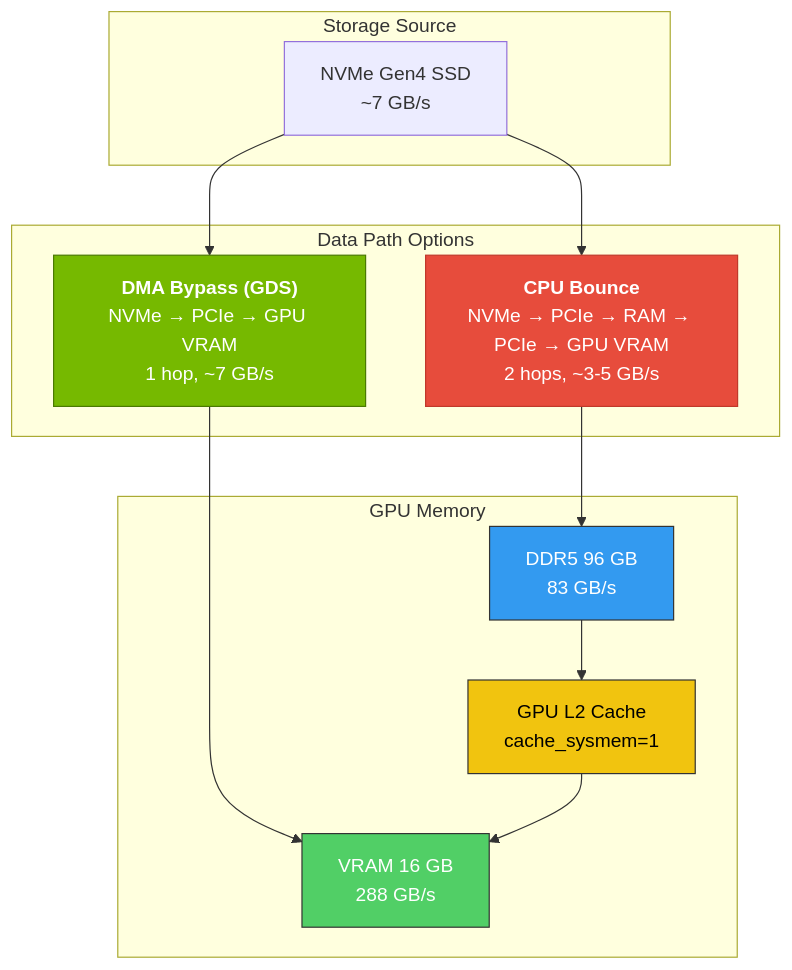
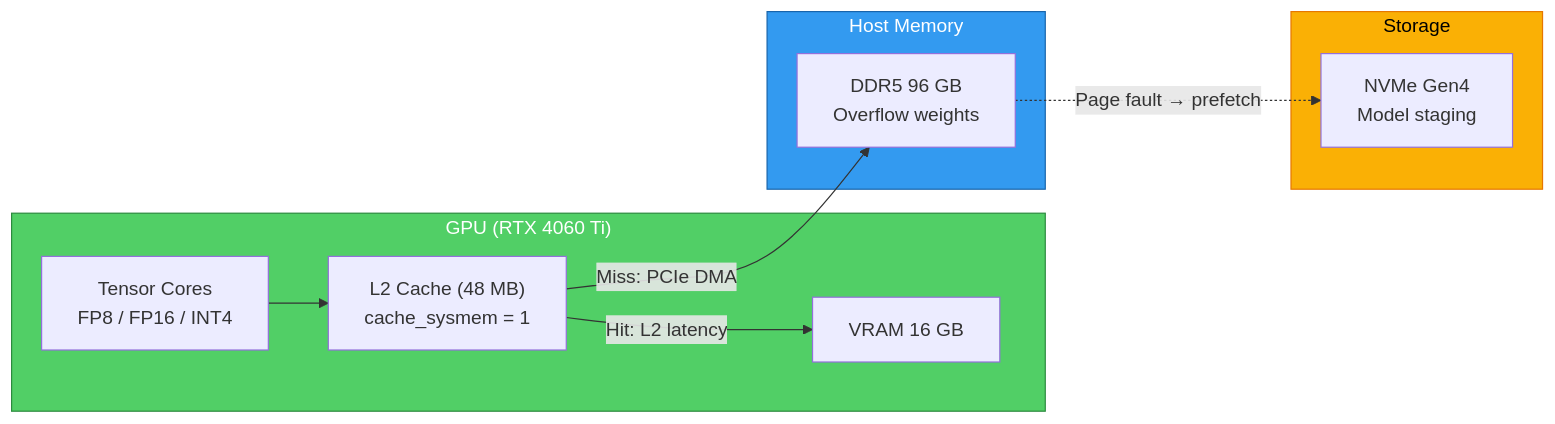
One commit to AmeerJ97/project-host changed the second of 4 diagrams in README.md. Above: the diagram before and after it, drawn with Mermaid. The commit also changed other lines of this file and 23 other files, not shown here.

````diff
--- a/README.md
+++ b/README.md
@@ -72,30 +70,25 @@
 ```mermaid
-graph TD
-    subgraph Source[Storage Source]
-        NVMe["NVMe Gen4 SSD<br/>~7 GB/s"]
+graph LR
+    subgraph GPU ["GPU (RTX 4060 Ti)"]
+        TC["Tensor Cores<br/>FP8 / FP16 / INT4"]
+        L2["L2 Cache (48 MB)<br/>cache_sysmem = 1"]
+        VRAM2["VRAM 16 GB"]
     end
-    
-    subgraph Paths[Data Path Options]
-        DMA["<b>DMA Bypass (GDS)</b><br/>NVMe → PCIe → GPU VRAM<br/>1 hop, ~7 GB/s"]
-        CPU["<b>CPU Bounce</b><br/>NVMe → PCIe → RAM → PCIe → GPU VRAM<br/>2 hops, ~3‑5 GB/s"]
+
+    subgraph Host ["Host Memory"]
+        RAM2["DDR5 96 GB<br/>Overflow weights"]
     end
-    
-    subgraph Destination[GPU Memory]
-        VRAM["VRAM 16 GB<br/>288 GB/s"]
-        L2["GPU L2 Cache<br/>cache_sysmem=1"]
-        RAM["DDR5 96 GB<br/>83 GB/s"]
+
+    subgraph Storage ["Storage"]
+        NVME2["NVMe Gen4<br/>Model staging"]
     end
-    
-    NVMe --> DMA
-    NVMe --> CPU
-    DMA --> VRAM
-    CPU --> RAM
-    RAM --> L2
-    L2 --> VRAM
-    
-    style DMA fill:#76b900,stroke:#4a7a00,color:#fff
-    style CPU fill:#e74c3c,stroke:#c0392b,color:#fff
-    style VRAM fill:#51cf66,stroke:#333,color:#fff
-    style L2 fill:#f1c40f,stroke:#333,color:#000
-    style RAM fill:#339af0,stroke:#333,color:#fff
+
+    TC --> L2
+    L2 -->|"Hit: L2 latency"| VRAM2
+    L2 -->|"Miss: PCIe DMA"| RAM2
+    RAM2 -.->|"Page fault → prefetch"| NVME2
+
+    style GPU fill:#51cf66,stroke:#2b8a3e,color:#fff
+    style Host fill:#339af0,stroke:#1864ab,color:#fff
+    style Storage fill:#fab005,stroke:#e67700,color:#000
 ```
````
